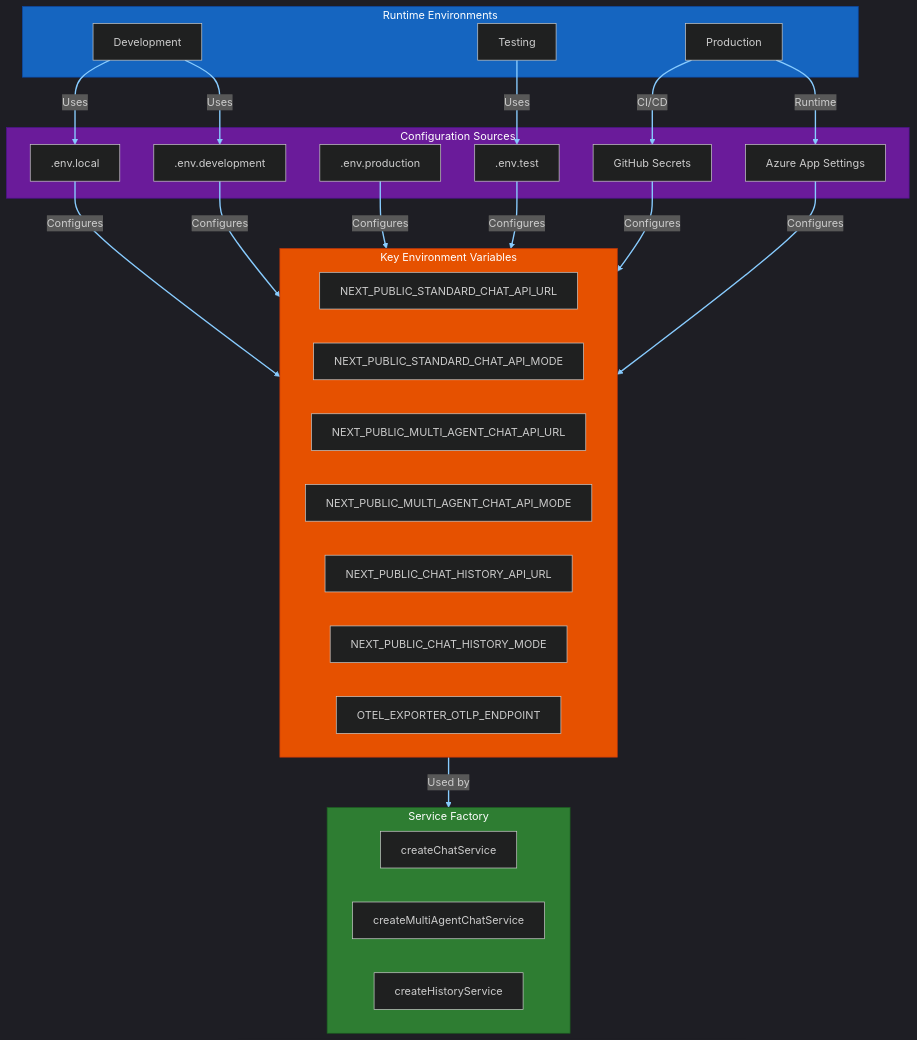
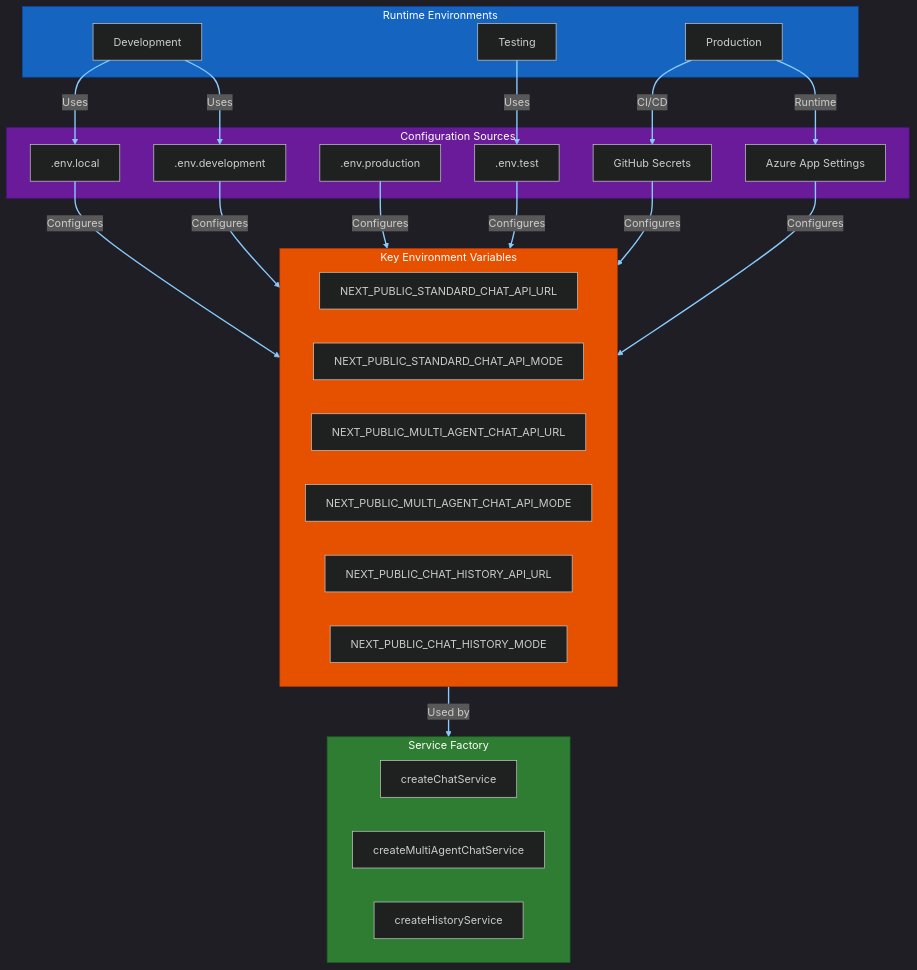
The fifth of 12 diagrams in memory-bank/architectureDiagrams.md (ChrisMcKee1/ChatUI), drawn with Mermaid before and after one commit. The commit also changed other lines of this file and 29 other files, not shown here.

````diff
--- a/memory-bank/architectureDiagrams.md
+++ b/memory-bank/architectureDiagrams.md
@@ -316,56 +305,55 @@
 ```mermaid
 %%{init: {'theme':'dark'}}%%
 flowchart TD
     subgraph Runtime_Environments["Runtime Environments"]
         Dev[Development]
         Prod[Production]
         Test[Testing]
     end
     
     subgraph Configuration_Sources["Configuration Sources"]
         EnvLocal[.env.local]
         EnvDevelopment[.env.development]
         EnvProduction[.env.production]
         EnvTest[.env.test]
         GHSecrets[GitHub Secrets]
         AzureSettings[Azure App Settings]
     end
     
     subgraph Service_Factory["Service Factory"]
         CreateChat[createChatService]
         CreateMultiAgent[createMultiAgentChatService]
         CreateHistory[createHistoryService]
     end
     
     subgraph Environment_Variables["Key Environment Variables"]
         SC_URL[NEXT_PUBLIC_STANDARD_CHAT_API_URL]
         SC_MODE[NEXT_PUBLIC_STANDARD_CHAT_API_MODE]
         MA_URL[NEXT_PUBLIC_MULTI_AGENT_CHAT_API_URL]
         MA_MODE[NEXT_PUBLIC_MULTI_AGENT_CHAT_API_MODE]
         CH_URL[NEXT_PUBLIC_CHAT_HISTORY_API_URL]
         CH_MODE[NEXT_PUBLIC_CHAT_HISTORY_MODE]
-        OTEL[OTEL_EXPORTER_OTLP_ENDPOINT]
     end
     
     Dev -->|Uses| EnvLocal
     Dev -->|Uses| EnvDevelopment
     Test -->|Uses| EnvTest
     Prod -->|CI/CD| GHSecrets
     Prod -->|Runtime| AzureSettings
     
     EnvLocal -->|Configures| Environment_Variables
     EnvDevelopment -->|Configures| Environment_Variables
     EnvProduction -->|Configures| Environment_Variables
     EnvTest -->|Configures| Environment_Variables
     GHSecrets -->|Configures| Environment_Variables
     AzureSettings -->|Configures| Environment_Variables
     
     Environment_Variables -->|Used by| Service_Factory
     
     style Runtime_Environments fill:#1565c0,stroke:#0d47a1,color:#ffffff
     style Configuration_Sources fill:#6a1b9a,stroke:#4a148c,color:#ffffff
     style Service_Factory fill:#2e7d32,stroke:#1b5e20,color:#ffffff
     style Environment_Variables fill:#e65100,stroke:#bf360c,color:#ffffff
     
     linkStyle default stroke:#88ccff,stroke-width:2px
 ```
````
